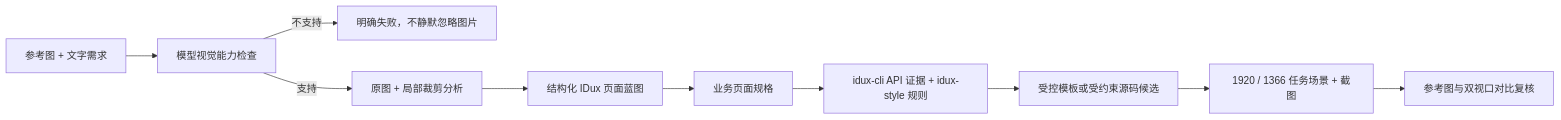
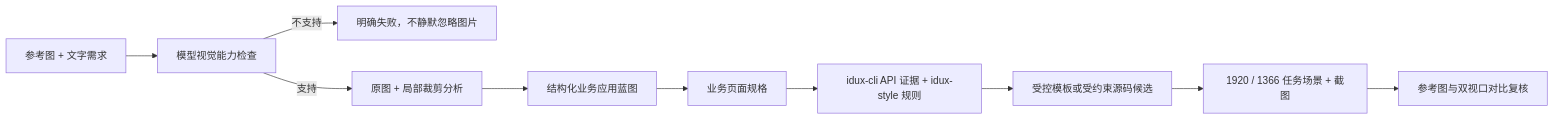
The second of 2 diagrams in docs/multi-artifact-architecture.md (Jouryjc/ai-dashboard), drawn with Mermaid before and after one commit. The commit also changed other lines of this file and 36 other files, not shown here.

````diff
--- a/docs/multi-artifact-architecture.md
+++ b/docs/multi-artifact-architecture.md
@@ -63,12 +63,12 @@
 ```mermaid
 flowchart LR
   I["参考图 + 文字需求"] --> C["模型视觉能力检查"]
   C -->|"不支持"| B["明确失败，不静默忽略图片"]
   C -->|"支持"| A["原图 + 局部裁剪分析"]
-  A --> S["结构化 IDux 页面蓝图"]
+  A --> S["结构化业务应用蓝图"]
   S --> P["业务页面规格"]
   P --> E["idux-cli API 证据 + idux-style 规则"]
   E --> G["受控模板或受约束源码候选"]
   G --> V["1920 / 1366 任务场景 + 截图"]
   V --> R["参考图与双视口对比复核"]
 ```
````
